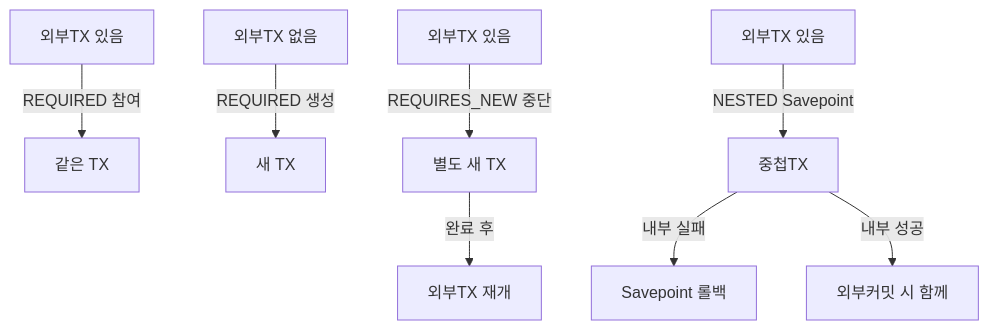
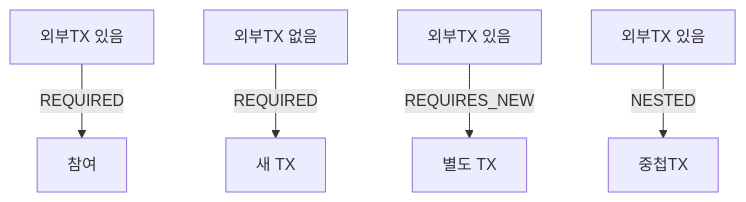
The eighth of 11 diagrams in _posts/spring/2026-05-02-spring-db-1.md (yjkim2015/yjkim2015.github.io), drawn with Mermaid before and after one commit. The commit also changed other lines of this file and 155 other files, not shown here.

First line of the commit message:
Mermaid 전면 수정: subgraph 제거, participant/노드/줄수 축소 (342블록)

````diff
--- a/_posts/spring/2026-05-02-spring-db-1.md
+++ b/_posts/spring/2026-05-02-spring-db-1.md
@@ -392,10 +380,7 @@
 ```mermaid
 graph TD
-    R1["외부TX 있음"] -->|REQUIRED 참여| R2["같은 TX"]
-    R3["외부TX 없음"] -->|REQUIRED 생성| R4["새 TX"]
-    N1["외부TX 있음"] -->|REQUIRES_NEW 중단| N2["별도 새 TX"]
-    N2 -->|완료 후| N3["외부TX 재개"]
-    NE1["외부TX 있음"] -->|NESTED Savepoint| NE2["중첩TX"]
-    NE2 -->|내부 실패| NE3["Savepoint 롤백"]
-    NE2 -->|내부 성공| NE4["외부커밋 시 함께"]
+    R1["외부TX 있음"] -->|REQUIRED| R2["참여"]
+    R3["외부TX 없음"] -->|REQUIRED| R4["새 TX"]
+    N1["외부TX 있음"] -->|REQUIRES_NEW| N2["별도 TX"]
+    NE1["외부TX 있음"] -->|NESTED| NE2["중첩TX"]
 ```
````
